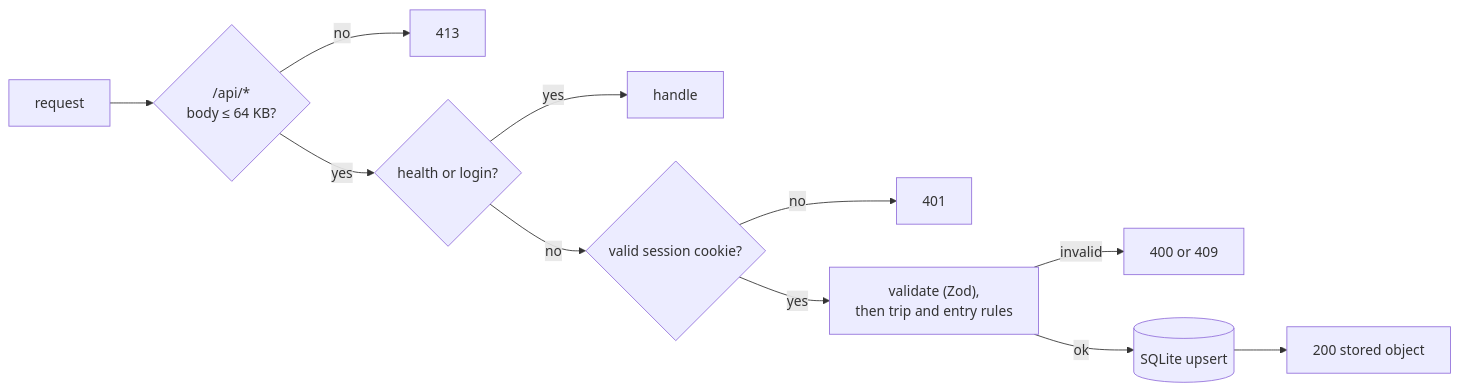
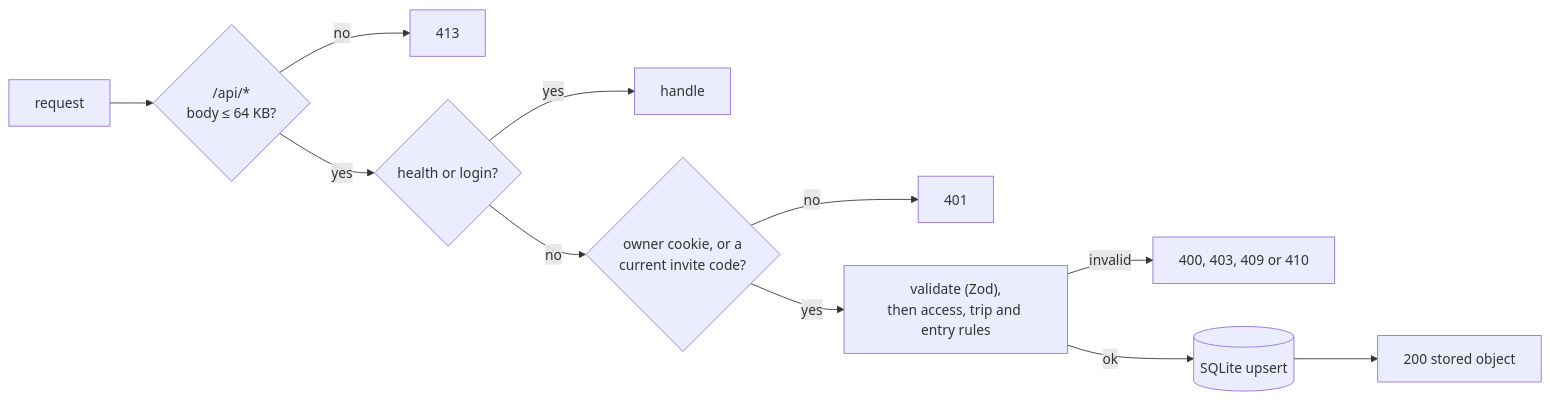
Before and after one commit to hazmah0/trip-split: the diagram in docs/API.md, drawn with Mermaid. The commit also changed other lines of this file and 19 other files, not shown here.

First line of the commit message:
feat: replace the shared passcode with per-trip invite links

````diff
--- a/docs/API.md
+++ b/docs/API.md
@@ -17,13 +27,13 @@
 ```mermaid
 flowchart LR
   R[request] --> L{"/api/*<br/>body ≤ 64 KB?"}
   L -- no --> E413[413]
   L -- yes --> P{health or login?}
   P -- yes --> H[handle]
-  P -- no --> C{valid session cookie?}
+  P -- no --> C{"owner cookie, or a<br/>current invite code?"}
   C -- no --> E401[401]
-  C -- yes --> V["validate (Zod),<br/>then trip and entry rules"]
-  V -- invalid --> E4xx["400 or 409"]
+  C -- yes --> V["validate (Zod),<br/>then access, trip and entry rules"]
+  V -- invalid --> E4xx["400, 403, 409 or 410"]
   V -- ok --> DB[(SQLite upsert)]
   DB --> OK[200 stored object]
 ```
````
